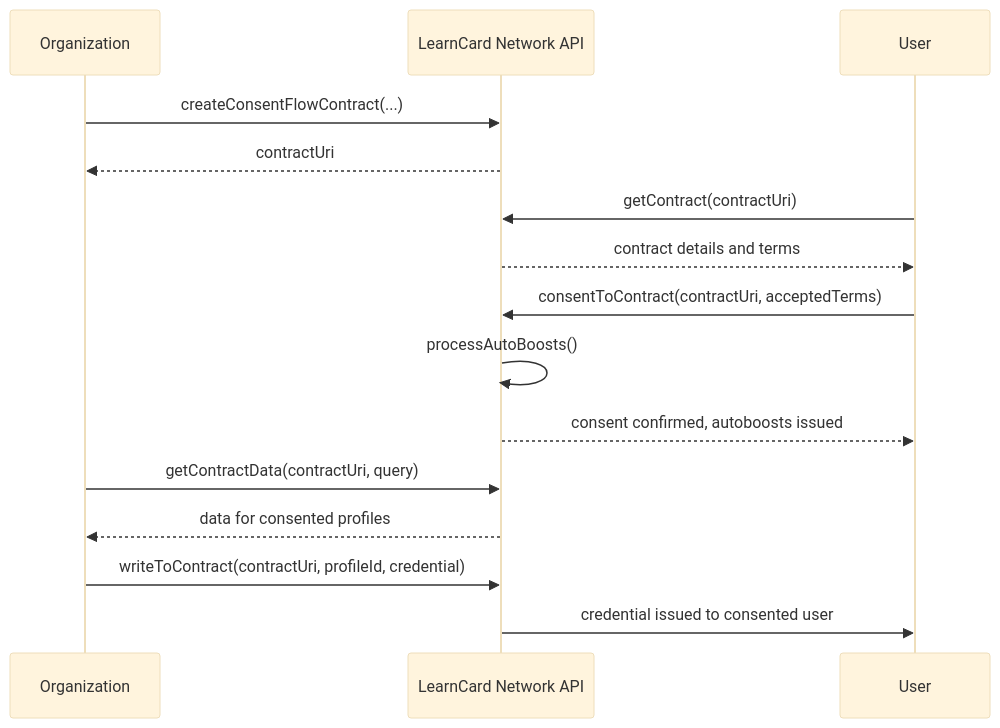
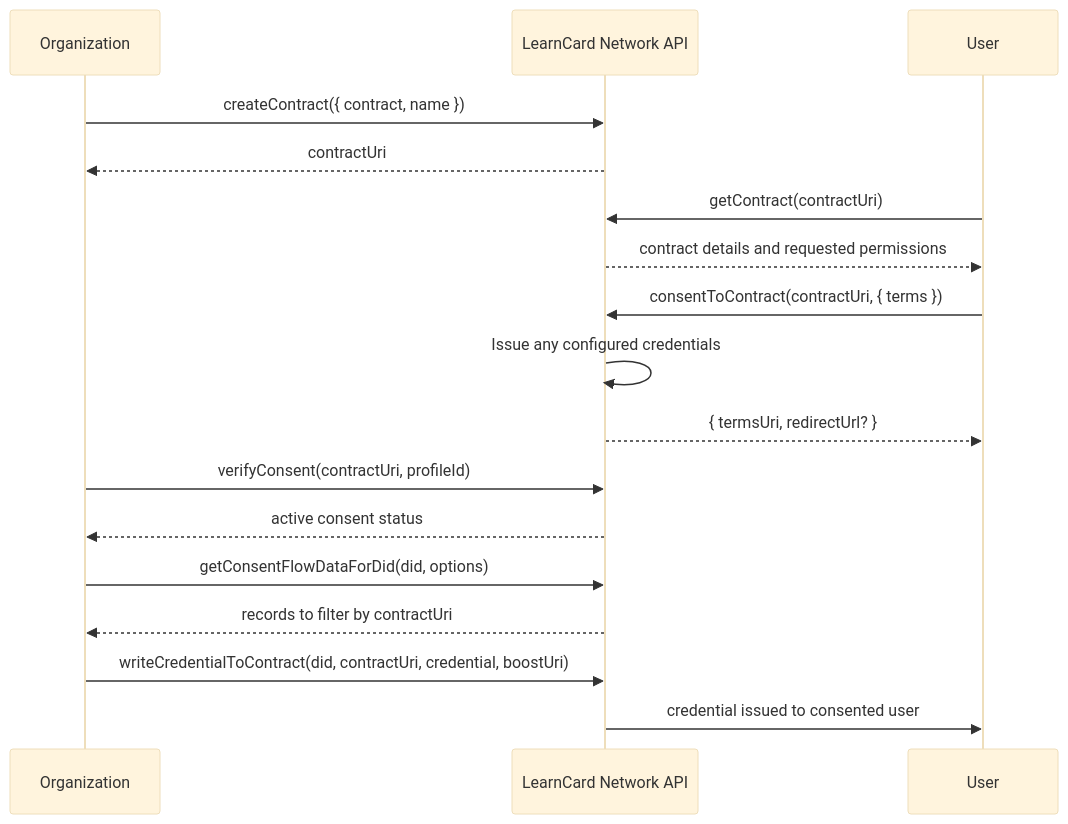
One commit to learningeconomy/LearnCard changed the second of 2 diagrams in docs/core-concepts/consent-and-permissions/consentflow-overview.md. Above: the diagram before and after it, drawn with Mermaid (base theme). The commit also changed other lines of this file and 384 other files, not shown here.

````diff
--- a/docs/core-concepts/consent-and-permissions/consentflow-overview.md
+++ b/docs/core-concepts/consent-and-permissions/consentflow-overview.md
@@ -78,22 +72,24 @@
 ```mermaid
 sequenceDiagram
     participant Organization
     participant Network as LearnCard Network API
     participant User
 
-    Organization->>Network: createConsentFlowContract(...)
+    Organization->>Network: createContract({ contract, name })
     Network-->>Organization: contractUri
 
     User->>Network: getContract(contractUri)
-    Network-->>User: contract details and terms
+    Network-->>User: contract details and requested permissions
 
-    User->>Network: consentToContract(contractUri, acceptedTerms)
-    Network->>Network: processAutoBoosts()
-    Network-->>User: consent confirmed, autoboosts issued
+    User->>Network: consentToContract(contractUri, { terms })
+    Network->>Network: Issue any configured credentials
+    Network-->>User: { termsUri, redirectUrl? }
 
-    Organization->>Network: getContractData(contractUri, query)
-    Network-->>Organization: data for consented profiles
+    Organization->>Network: verifyConsent(contractUri, profileId)
+    Network-->>Organization: active consent status
+    Organization->>Network: getConsentFlowDataForDid(did, options)
+    Network-->>Organization: records to filter by contractUri
 
-    Organization->>Network: writeToContract(contractUri, profileId, credential)
+    Organization->>Network: writeCredentialToContract(did, contractUri, credential, boostUri)
     Network->>User: credential issued to consented user
 ```
````
